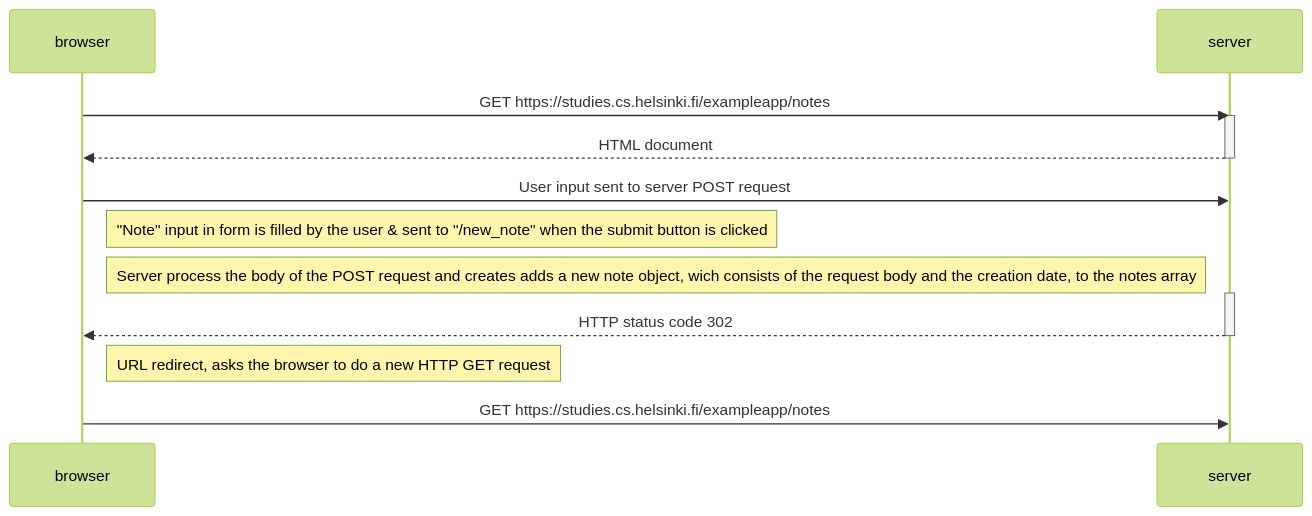
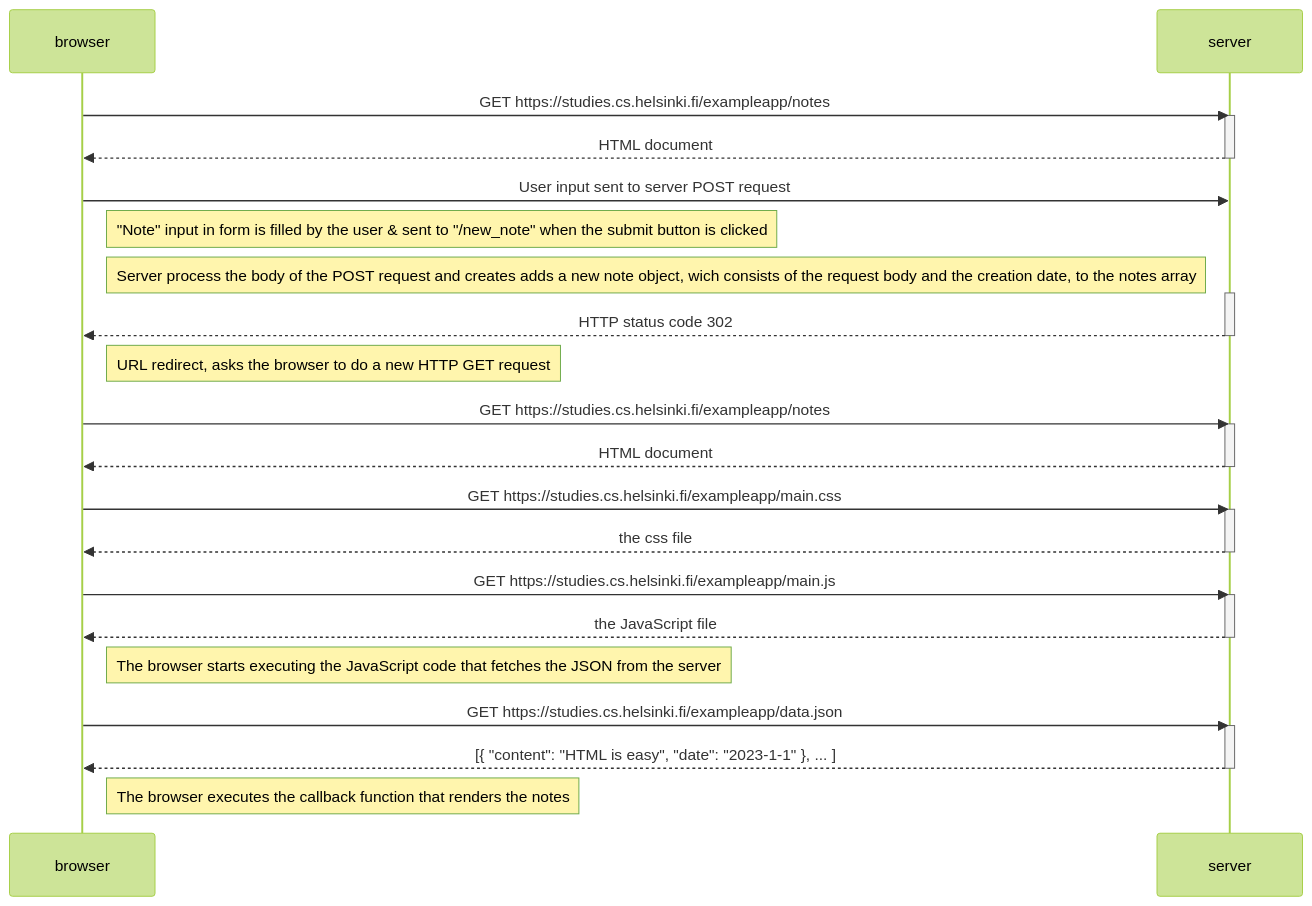
One commit to Burstniart/fullstackopen changed the diagram in part0/new_note_diagram.md. Above: the diagram before and after it, drawn with Mermaid (forest theme).

Commit message:
complement with exisitng diagram

````diff
--- a/part0/new_note_diagram.md
+++ b/part0/new_note_diagram.md
@@ -1,24 +1,46 @@
 ```mermaid
 sequenceDiagram
     participant browser
     participant server
 
     browser->>server: GET https://studies.cs.helsinki.fi/exampleapp/notes
     activate server
     server-->>browser: HTML document
     deactivate server
 
     browser->>server: User input sent to server POST request
 
     Note right of browser: "Note" input in form is filled by the user & sent to "/new_note" when the submit button is clicked
     Note right of browser: Server process the body of the POST request and creates adds a new note object, wich consists of the request body and the creation date, to the notes array
 
     activate server
     server-->>browser: HTTP status code 302
     deactivate server
 
     Note right of browser: URL redirect, asks the browser to do a new HTTP GET request
     
     browser->>server: GET https://studies.cs.helsinki.fi/exampleapp/notes
+    activate server
+    server-->>browser: HTML document
+    deactivate server
+
+    browser->>server: GET https://studies.cs.helsinki.fi/exampleapp/main.css
+    activate server
+    server-->>browser: the css file
+    deactivate server
+
+    browser->>server: GET https://studies.cs.helsinki.fi/exampleapp/main.js
+    activate server
+    server-->>browser: the JavaScript file
+    deactivate server
+
+    Note right of browser: The browser starts executing the JavaScript code that fetches the JSON from the server
+
+    browser->>server: GET https://studies.cs.helsinki.fi/exampleapp/data.json
+    activate server
+    server-->>browser: [{ "content": "HTML is easy", "date": "2023-1-1" }, ... ]
+    deactivate server
+
+    Note right of browser: The browser executes the callback function that renders the notes
     
 ```
````
